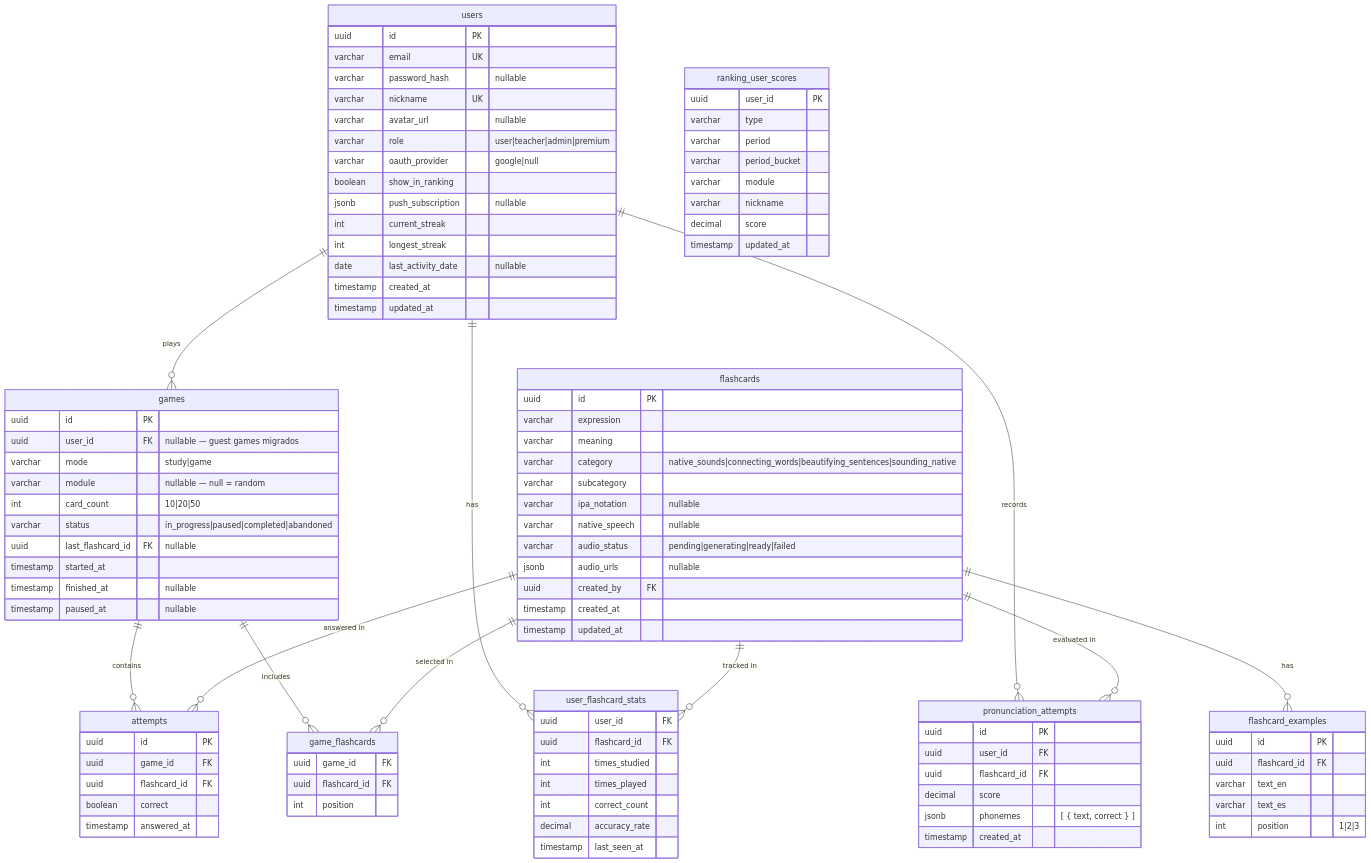
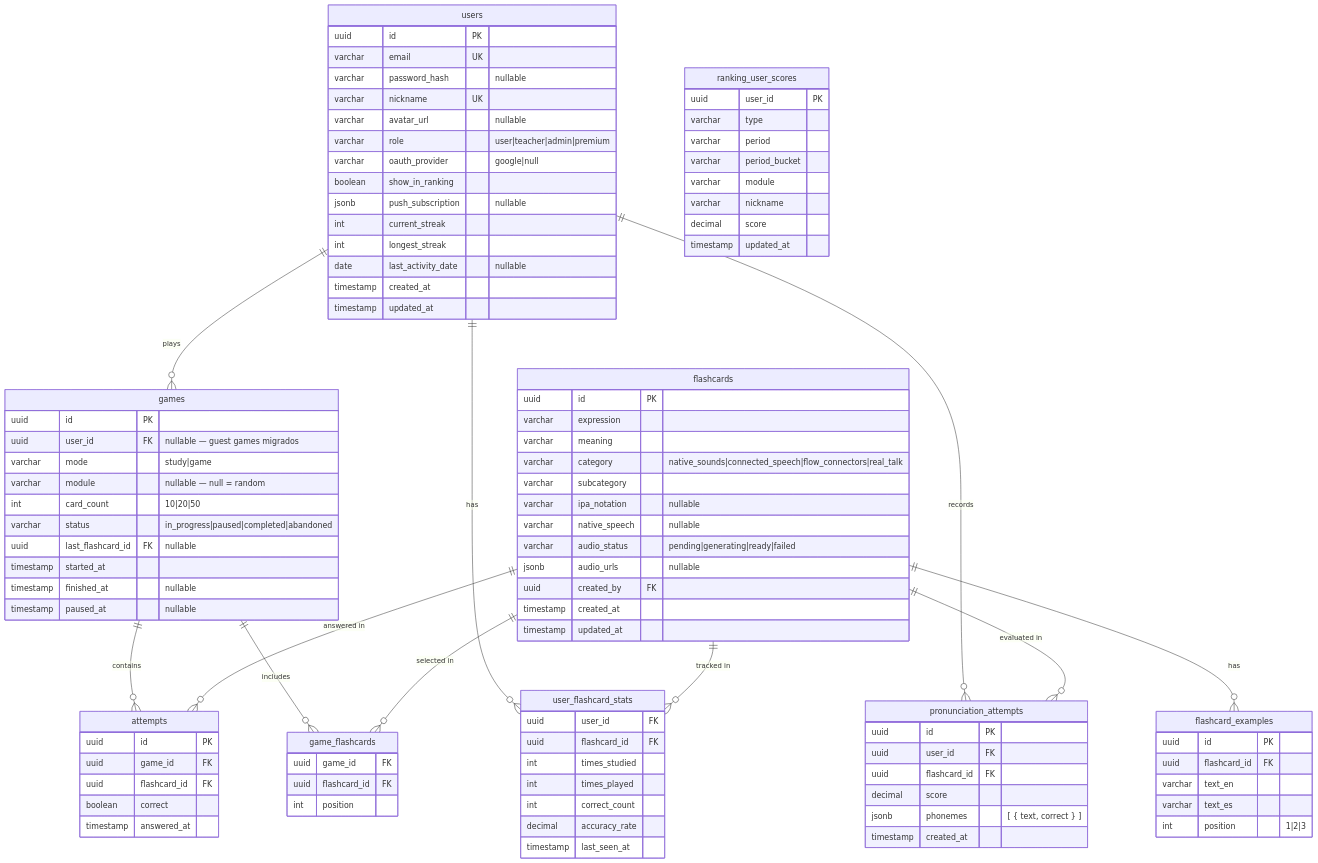
One commit to AbrahamVilchesDeLaCruz/ididntcatchthat changed the diagram in docs/domain/db-schema.md. Above: the diagram before and after it, drawn with Mermaid. The commit also changed 21 other files, not shown here.

First line of the commit message:
docs(content): add unified taxonomy spec, ADR-024 and API diagrams

```diff
--- a/docs/domain/db-schema.md
+++ b/docs/domain/db-schema.md
@@ -30,7 +30,7 @@
         uuid id PK
         varchar expression
         varchar meaning
-        varchar category "native_sounds|connecting_words|beautifying_sentences|sounding_native"
+        varchar category "native_sounds|connected_speech|flow_connectors|real_talk"
         varchar subcategory
         varchar ipa_notation "nullable"
         varchar native_speech "nullable"
```
